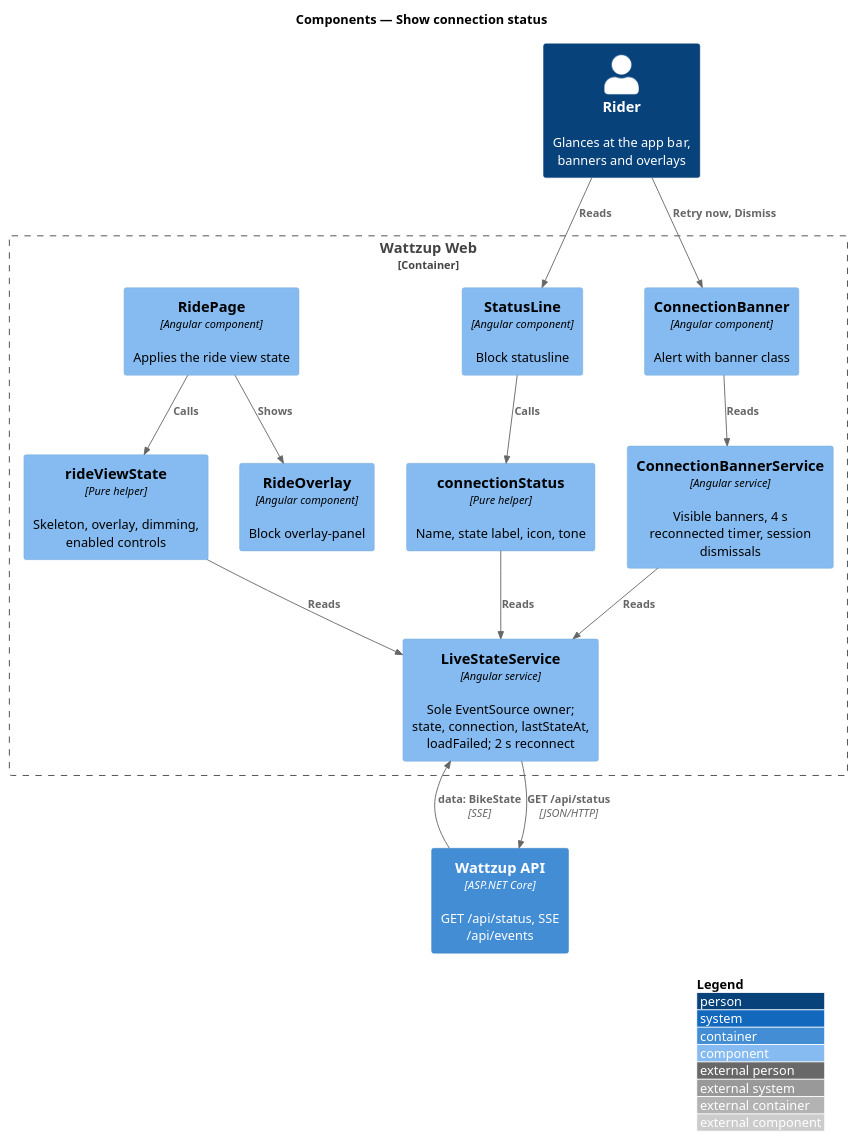
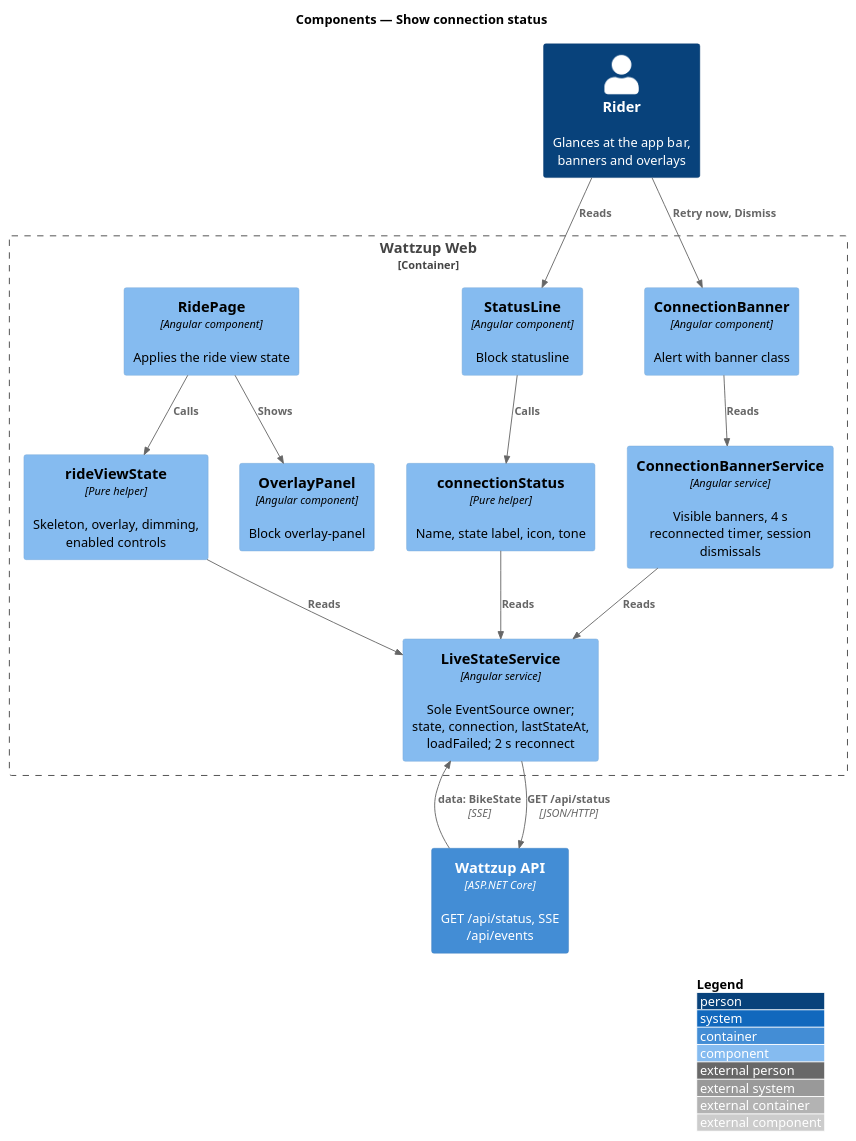
The diagram in docs/detailed-designs/dashboard/show-connection-status/diagrams/c4-component.puml (QuinntyneBrown/ride-one), drawn with PlantUML before and after one commit. The commit also changed 65 other files, not shown here.

```diff
--- a/docs/detailed-designs/dashboard/show-connection-status/diagrams/c4-component.puml
+++ b/docs/detailed-designs/dashboard/show-connection-status/diagrams/c4-component.puml
@@ -1,30 +1,30 @@
 @startuml
 !include <C4/C4_Component>
 LAYOUT_WITH_LEGEND()
 title Components — Show connection status
 
 Person(rider, "Rider", "Glances at the app bar, banners and overlays")
 Container_Boundary(web, "Wattzup Web") {
   Component(live, "LiveStateService", "Angular service", "Sole EventSource owner; state, connection, lastStateAt, loadFailed; 2 s reconnect")
   Component(status, "connectionStatus", "Pure helper", "Name, state label, icon, tone")
   Component(view, "rideViewState", "Pure helper", "Skeleton, overlay, dimming, enabled controls")
   Component(banners, "ConnectionBannerService", "Angular service", "Visible banners, 4 s reconnected timer, session dismissals")
   Component(line, "StatusLine", "Angular component", "Block statusline")
   Component(banner, "ConnectionBanner", "Angular component", "Alert with banner class")
-  Component(overlay, "RideOverlay", "Angular component", "Block overlay-panel")
+  Component(overlay, "OverlayPanel", "Angular component", "Block overlay-panel")
   Component(page, "RidePage", "Angular component", "Applies the ride view state")
 }
 Container(api, "Wattzup API", "ASP.NET Core", "GET /api/status, SSE /api/events")
 
 Rel(api, live, "data: BikeState", "SSE")
 Rel(live, api, "GET /api/status", "JSON/HTTP")
 Rel(line, status, "Calls")
 Rel(page, view, "Calls")
 Rel(status, live, "Reads")
 Rel(view, live, "Reads")
 Rel(banners, live, "Reads")
 Rel(banner, banners, "Reads")
 Rel(page, overlay, "Shows")
 Rel(rider, line, "Reads")
 Rel(rider, banner, "Retry now, Dismiss")
 @enduml
```
